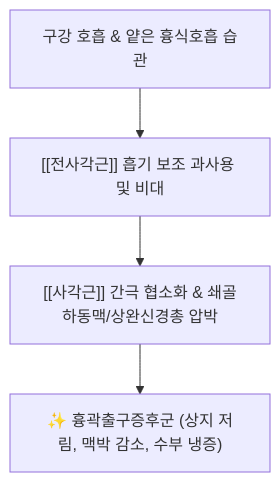
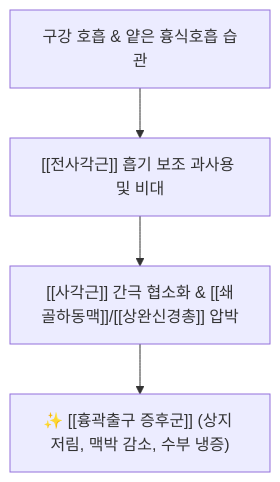
One commit to simbio11/simbio-digital-garden2 changed the second of 3 diagrams in content/1. 근골격계 공부/근육/(2) 경부/전사각근.md. Above: the diagram before and after it, drawn with Mermaid. The commit also changed other lines of this file and 150 other files, not shown here.

````diff
--- a/content/1. 근골격계 공부/근육/(2) 경부/전사각근.md
+++ b/content/1. 근골격계 공부/근육/(2) 경부/전사각근.md
@@ -48,6 +63,6 @@
 ```mermaid
 graph TD
     MouthBreathing["구강 호흡 & 얕은 흉식호흡 습관"] --> ScaleneOveruse["[[전사각근]] 흡기 보조 과사용 및 비대"]
-    ScaleneOveruse --> TriangleNarrowing["[[사각근]] 간극 협소화 & 쇄골하동맥/상완신경총 압박"]
-    TriangleNarrowing --> TOS_Symptoms["✨ 흉곽출구증후군 (상지 저림, 맥박 감소, 수부 냉증)"]
+    ScaleneOveruse --> TriangleNarrowing["[[사각근]] 간극 협소화 & [[쇄골하동맥]]/[[상완신경총]] 압박"]
+    TriangleNarrowing --> TOS_Symptoms["✨ [[흉곽출구 증후군]] (상지 저림, 맥박 감소, 수부 냉증)"]
 ```
````
